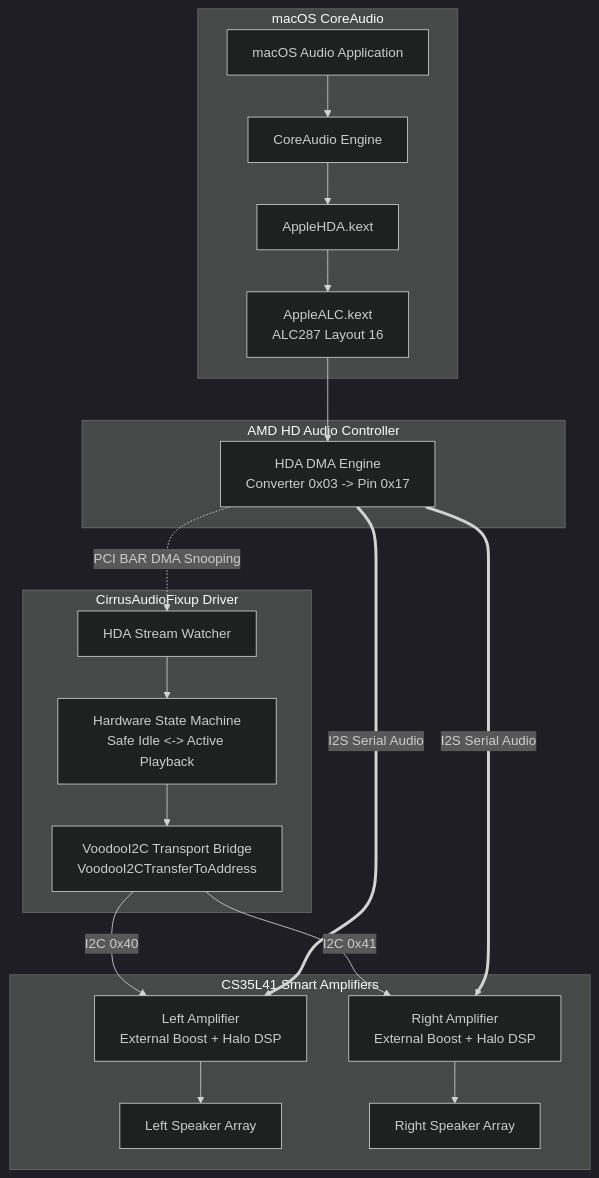
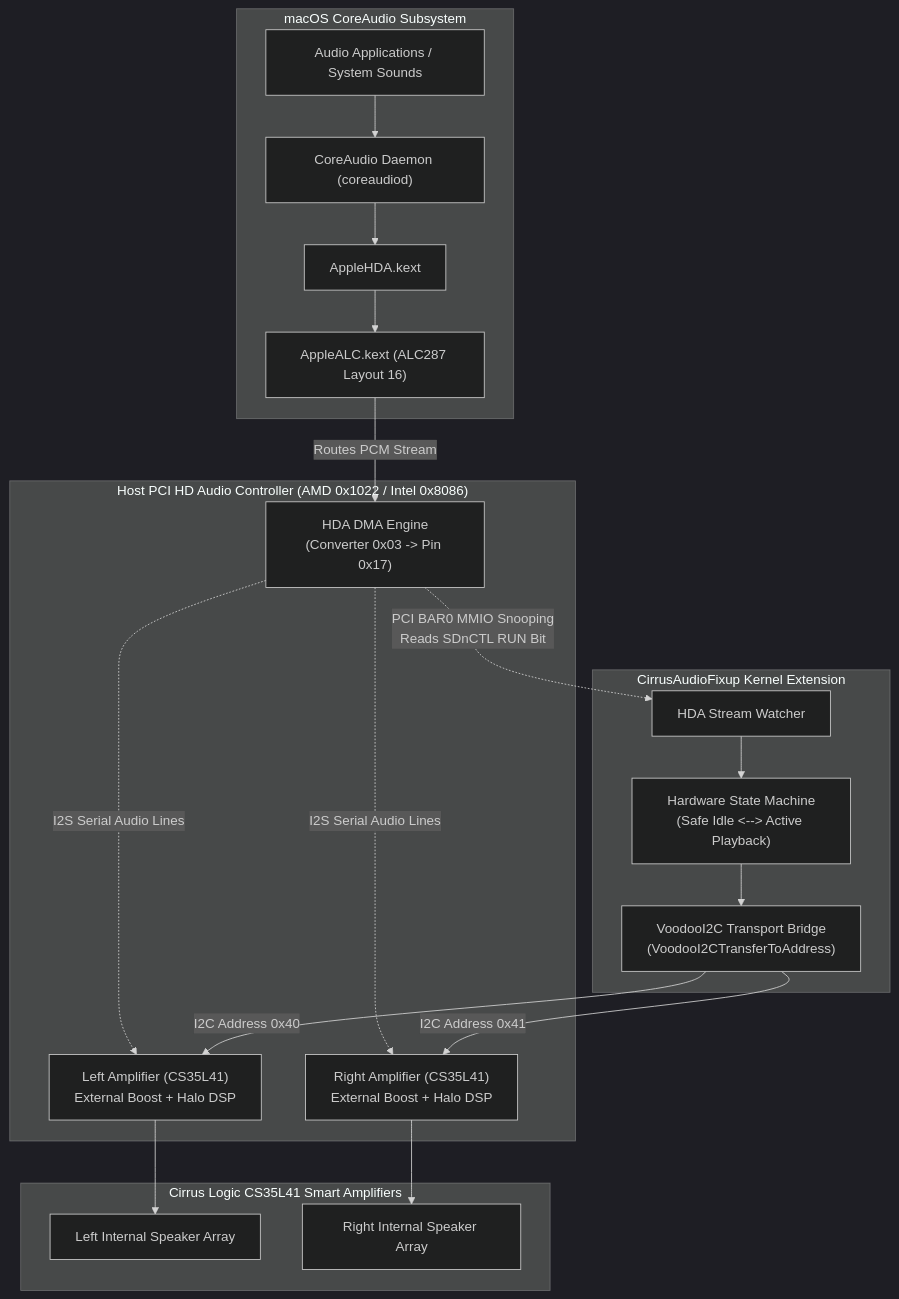
One commit to hoaug-tran/CirrusAudioFixup changed the diagram in README.md. Above: the diagram before and after it, drawn with Mermaid (dark theme). The commit also changed other lines of this file and 7 other files, not shown here.

````diff
--- a/README.md
+++ b/README.md
@@ -46,27 +133,27 @@
 ```mermaid
 flowchart TD
-    subgraph macOS CoreAudio
-        App[macOS Audio Application] --> CoreAudio[CoreAudio Engine]
-        CoreAudio --> AppleHDA[AppleHDA.kext]
-        AppleHDA --> AppleALC[AppleALC.kext\nALC287 Layout 16]
+    subgraph CoreAudioLayer["macOS CoreAudio Subsystem"]
+        UserApp["Audio Applications / System Sounds"] --> CoreAudio["CoreAudio Daemon (coreaudiod)"]
+        CoreAudio --> AppleHDA["AppleHDA.kext"]
+        AppleHDA --> AppleALC["AppleALC.kext (ALC287 Layout 16)"]
     end
 
-    subgraph AMD HD Audio Controller
-        AppleALC --> HDAStream[HDA DMA Engine\nConverter 0x03 -> Pin 0x17]
+    subgraph HDALayer["Host PCI HD Audio Controller (AMD 0x1022 / Intel 0x8086)"]
+        AppleALC -->|Routes PCM Stream| HDADMA["HDA DMA Engine\n(Converter 0x03 -> Pin 0x17)"]
+        HDADMA -.->|I2S Serial Audio Lines| AmpLeft
+        HDADMA -.->|I2S Serial Audio Lines| AmpRight
     end
 
-    subgraph CirrusAudioFixup Driver
-        HDAStream -.->|PCI BAR DMA Snooping| Watcher[HDA Stream Watcher]
-        Watcher --> FSM[Hardware State Machine\nSafe Idle <-> Active Playback]
-        FSM --> Transport[VoodooI2C Transport Bridge\nVoodooI2CTransferToAddress]
+    subgraph FixupLayer["CirrusAudioFixup Kernel Extension"]
+        HDADMA -.->|PCI BAR0 MMIO Snooping\nReads SDnCTL RUN Bit| HDAWatcher["HDA Stream Watcher"]
+        HDAWatcher --> StateMachine["Hardware State Machine\n(Safe Idle <--> Active Playback)"]
+        StateMachine --> CustomI2C["VoodooI2C Transport Bridge\n(VoodooI2CTransferToAddress)"]
     end
 
-    subgraph CS35L41 Smart Amplifiers
-        Transport -->|I2C 0x40| AmpL[Left Amplifier\nExternal Boost + Halo DSP]
-        Transport -->|I2C 0x41| AmpR[Right Amplifier\nExternal Boost + Halo DSP]
-        HDAStream ==>|I2S Serial Audio| AmpL
-        HDAStream ==>|I2S Serial Audio| AmpR
-        AmpL --> SpkL[Left Speaker Array]
-        AmpR --> SpkR[Right Speaker Array]
+    subgraph HardwareLayer["Cirrus Logic CS35L41 Smart Amplifiers"]
+        CustomI2C -->|I2C Address 0x40| AmpLeft["Left Amplifier (CS35L41)\nExternal Boost + Halo DSP"]
+        CustomI2C -->|I2C Address 0x41| AmpRight["Right Amplifier (CS35L41)\nExternal Boost + Halo DSP"]
+        AmpLeft --> SpkLeft["Left Internal Speaker Array"]
+        AmpRight --> SpkRight["Right Internal Speaker Array"]
     end
 ```
````
